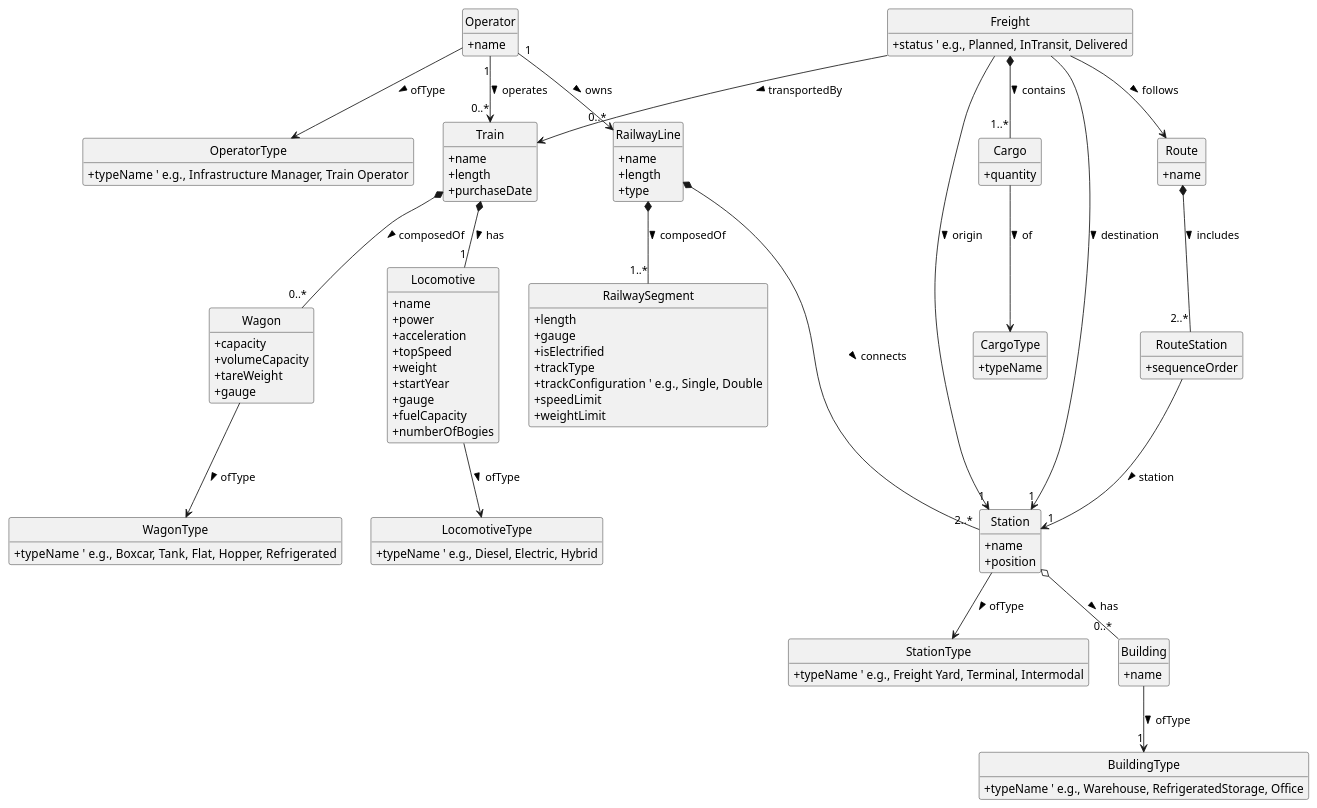
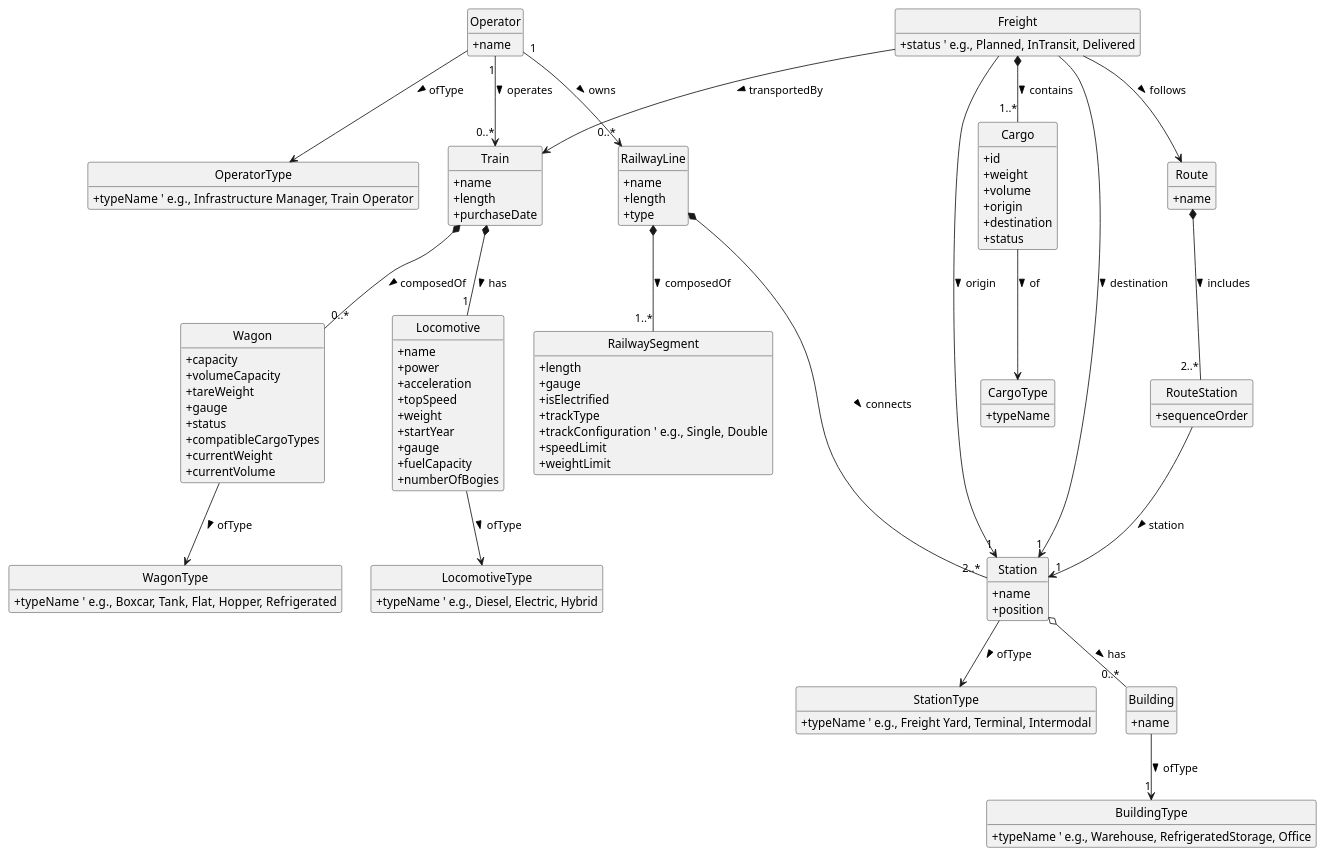
One commit to goncalolopesp/sem3-pi-25-26-g093-repo changed the diagram in definitive-structure/doc/global-artifacts/02.analysis/puml/domain-model.puml. Above: the diagram before and after it, drawn with PlantUML. The commit also changed 4 other files, not shown here.

```diff
--- a/definitive-structure/doc/global-artifacts/02.analysis/puml/domain-model.puml
+++ b/definitive-structure/doc/global-artifacts/02.analysis/puml/domain-model.puml
@@ -1,131 +1,140 @@
 @startuml
 
 hide circle
 hide methods
 skinparam monochrome true
 skinparam classAttributeIconSize 0
 skinparam shadowing false
 
 class Station {
     +name
     +position
 }
 
 class StationType {
     +typeName ' e.g., Freight Yard, Terminal, Intermodal
 }
 
 Station --> StationType : ofType >
 
 class Building {
     +name
 }
 
 class BuildingType {
     +typeName ' e.g., Warehouse, RefrigeratedStorage, Office
 }
 
 Station o-- "0..*" Building : has >
 Building --> "1" BuildingType : ofType >
 
 class RailwayLine {
     +name
     +length
     +type
 }
 
 class RailwaySegment {
     +length
     +gauge
     +isElectrified
     +trackType
     +trackConfiguration  ' e.g., Single, Double
     +speedLimit
     +weightLimit
 }
 
 class Operator {
     +name
 }
 
 class OperatorType {
     +typeName  ' e.g., Infrastructure Manager, Train Operator
 }
 
 Operator --> OperatorType : ofType >
 Operator "1" --> "0..*" RailwayLine : owns >
 RailwayLine *-- "1..*" RailwaySegment : composedOf >
 
 RailwayLine *-- "2..*" Station : connects >
 
 class Train {
     +name
     +length
     +purchaseDate
 }
 
 class Locomotive {
     +name
     +power
     +acceleration
     +topSpeed
     +weight
     +startYear
     +gauge
     +fuelCapacity
     +numberOfBogies
 }
 
 class LocomotiveType {
     +typeName ' e.g., Diesel, Electric, Hybrid
 }
 
 class Wagon {
     +capacity
     +volumeCapacity
     +tareWeight
     +gauge
+    +status
+    +compatibleCargoTypes
+    +currentWeight
+    +currentVolume
 }
 
 class WagonType {
     +typeName  ' e.g., Boxcar, Tank, Flat, Hopper, Refrigerated
 }
 
 Operator "1" --> "0..*" Train : operates >
 Train *-- "1" Locomotive : has >
 Locomotive --> LocomotiveType : ofType >
 Train *-- "0..*" Wagon : composedOf >
 Wagon --> WagonType : ofType >
 
 class Route {
     +name
 }
 
 class RouteStation {
     +sequenceOrder
 }
 
 Route *-- "2..*" RouteStation : includes >
 RouteStation --> "1" Station : station >
 
 class CargoType {
     +typeName
 }
 
 class Cargo {
-    +quantity
+    +id
+    +weight
+    +volume
+    +origin
+    +destination
+    +status
 }
 
 Cargo --> CargoType : of >
 
 class Freight {
     +status ' e.g., Planned, InTransit, Delivered
 }
 
 Freight *-- "1..*" Cargo : contains >
 Freight --> "1" Station : origin >
 Freight --> "1" Station : destination >
 Freight --> Route : follows >
 Freight --> Train : transportedBy >
 
 @enduml
```
